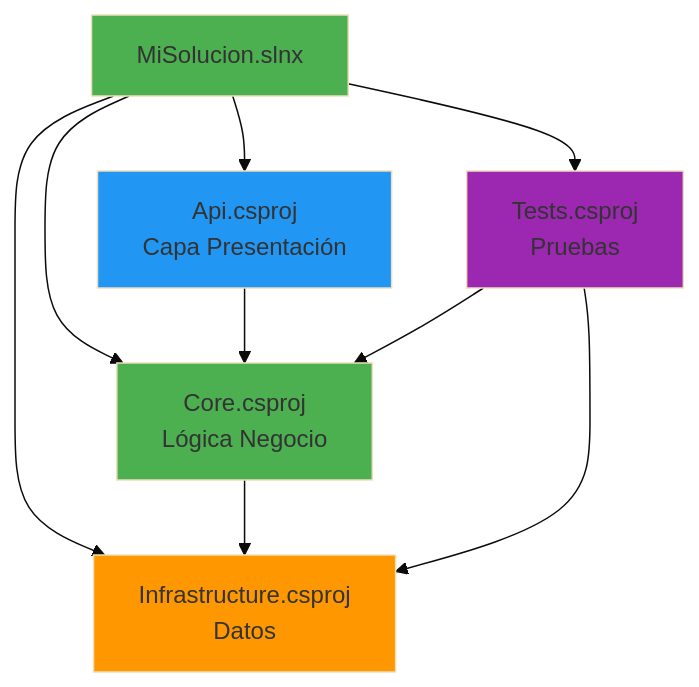
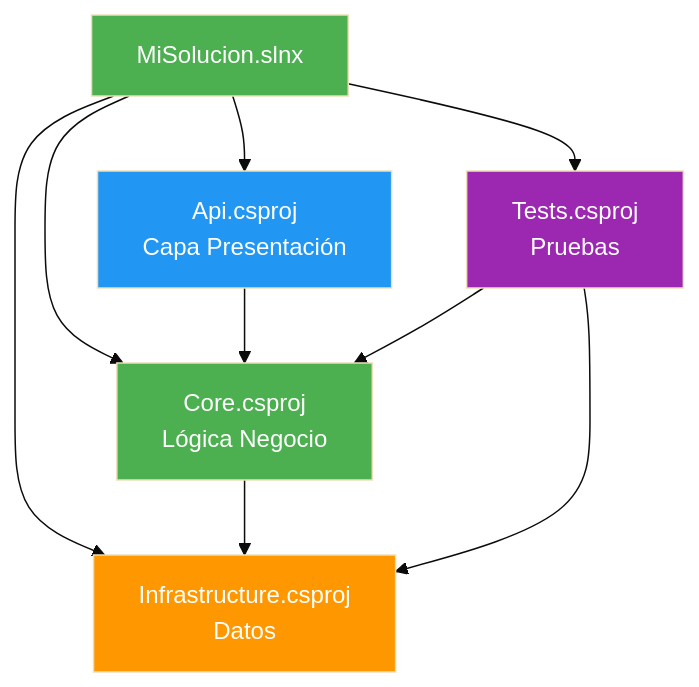
Before and after one commit to joseluisgs/DesarrolloWebEntornosServidor-01-2026-2027: the tenth of 13 diagrams in csharp_inicial/02-GestionProyectos.md, drawn with Mermaid (base theme). The commit also changed other lines of this file and 66 other files, not shown here.

First line of the commit message:
fix: normalizar titulos al castellano de frase y corregir la paleta de mermaid

````diff
--- a/csharp_inicial/02-GestionProyectos.md
+++ b/csharp_inicial/02-GestionProyectos.md
@@ -802,18 +802,18 @@
 ```mermaid
 graph TD
     A["MiSolucion.slnx"] --> B["Api.csproj<br/>Capa Presentación"]
     A --> C["Core.csproj<br/>Lógica Negocio"]
     A --> D["Infrastructure.csproj<br/>Datos"]
     A --> E["Tests.csproj<br/>Pruebas"]
     
     B --> C
     C --> D
     E --> C
     E --> D
     
-    style A fill:#4CAF50
-    style B fill:#2196F3
-    style C fill:#4CAF50
-    style D fill:#FF9800
-    style E fill:#9C27B0
+    style A fill:#4CAF50,color:#fff
+    style B fill:#2196F3,color:#fff
+    style C fill:#4CAF50,color:#fff
+    style D fill:#FF9800,color:#fff
+    style E fill:#9C27B0,color:#fff
 ```
````
